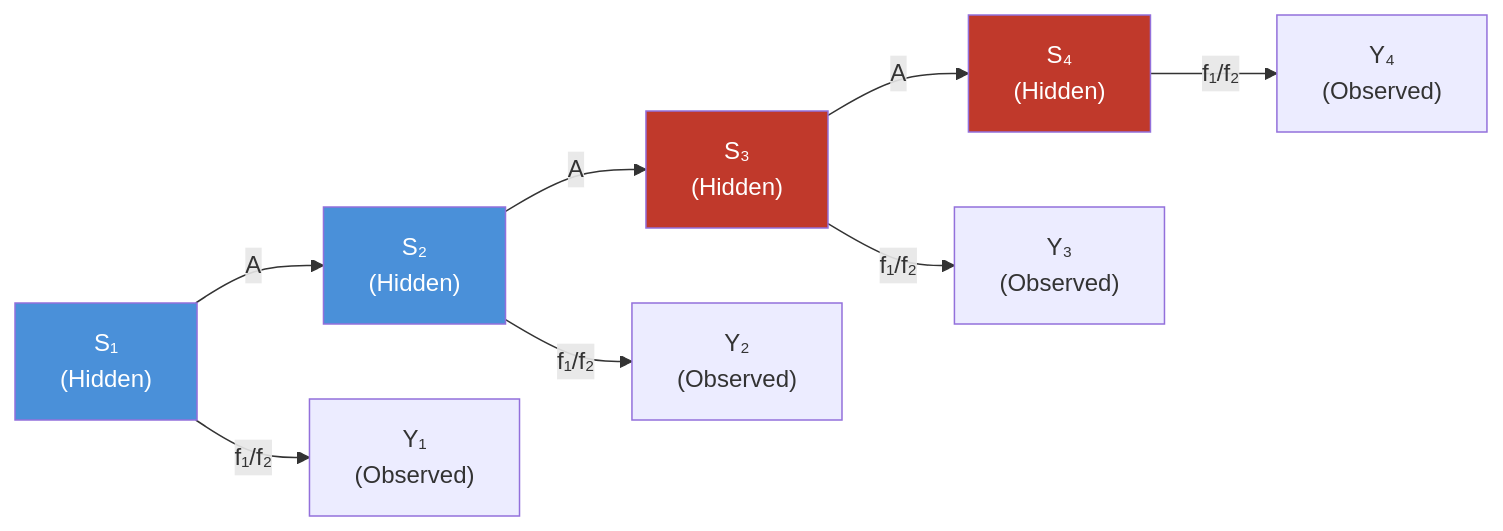
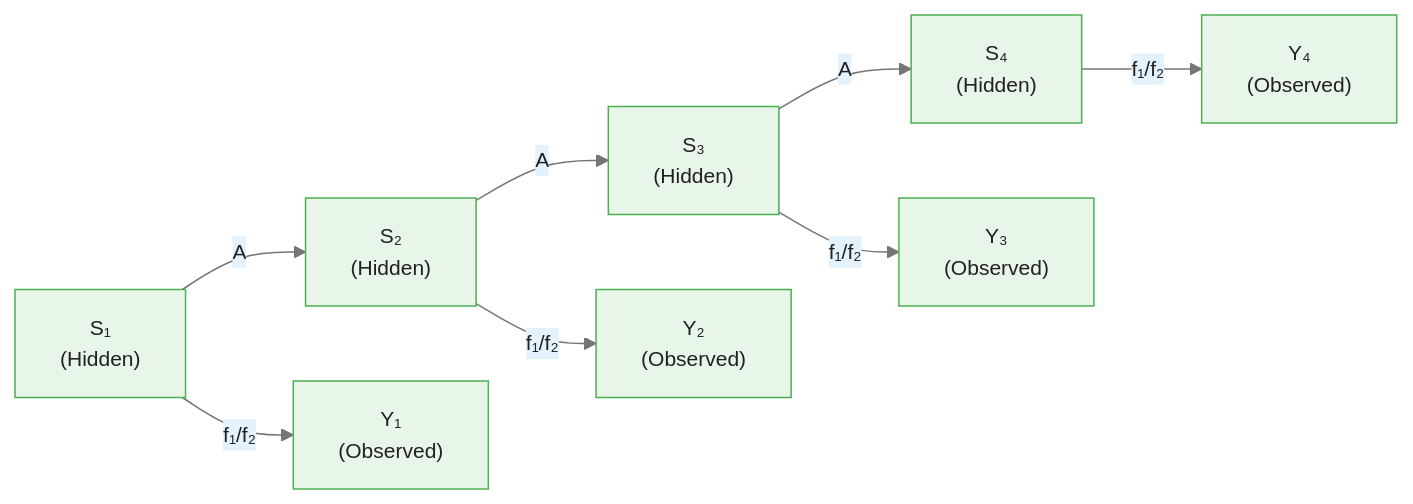
One commit to m-deane/course-creator changed the first of 4 diagrams in courses/bayesian-commodity-forecasting/modules/module_07_regime_switching/guides/01_hmm_fundamentals_slides.md. Above: the diagram before and after it, drawn with Mermaid. The commit also changed other lines of this file and 104 other files, not shown here.

````diff
--- a/courses/bayesian-commodity-forecasting/modules/module_07_regime_switching/guides/01_hmm_fundamentals_slides.md
+++ b/courses/bayesian-commodity-forecasting/modules/module_07_regime_switching/guides/01_hmm_fundamentals_slides.md
@@ -42,12 +50,9 @@
 ```mermaid
+%%{init: {"theme": "base", "themeVariables": {"primaryColor": "#e8f5e9", "primaryBorderColor": "#4caf50", "primaryTextColor": "#212121", "secondaryColor": "#e3f2fd", "tertiaryColor": "#fff8e1", "lineColor": "#757575", "fontFamily": "Inter, sans-serif", "fontSize": "14px"}}}%%
 flowchart LR
     S1["S₁\n(Hidden)"] -->|"A"| S2["S₂\n(Hidden)"] -->|"A"| S3["S₃\n(Hidden)"] -->|"A"| S4["S₄\n(Hidden)"]
     S1 -->|"f₁/f₂"| Y1["Y₁\n(Observed)"]
     S2 -->|"f₁/f₂"| Y2["Y₂\n(Observed)"]
     S3 -->|"f₁/f₂"| Y3["Y₃\n(Observed)"]
     S4 -->|"f₁/f₂"| Y4["Y₄\n(Observed)"]
-    style S1 fill:#4a90d9,color:#fff
-    style S2 fill:#4a90d9,color:#fff
-    style S3 fill:#c0392b,color:#fff
-    style S4 fill:#c0392b,color:#fff
 ```
````
